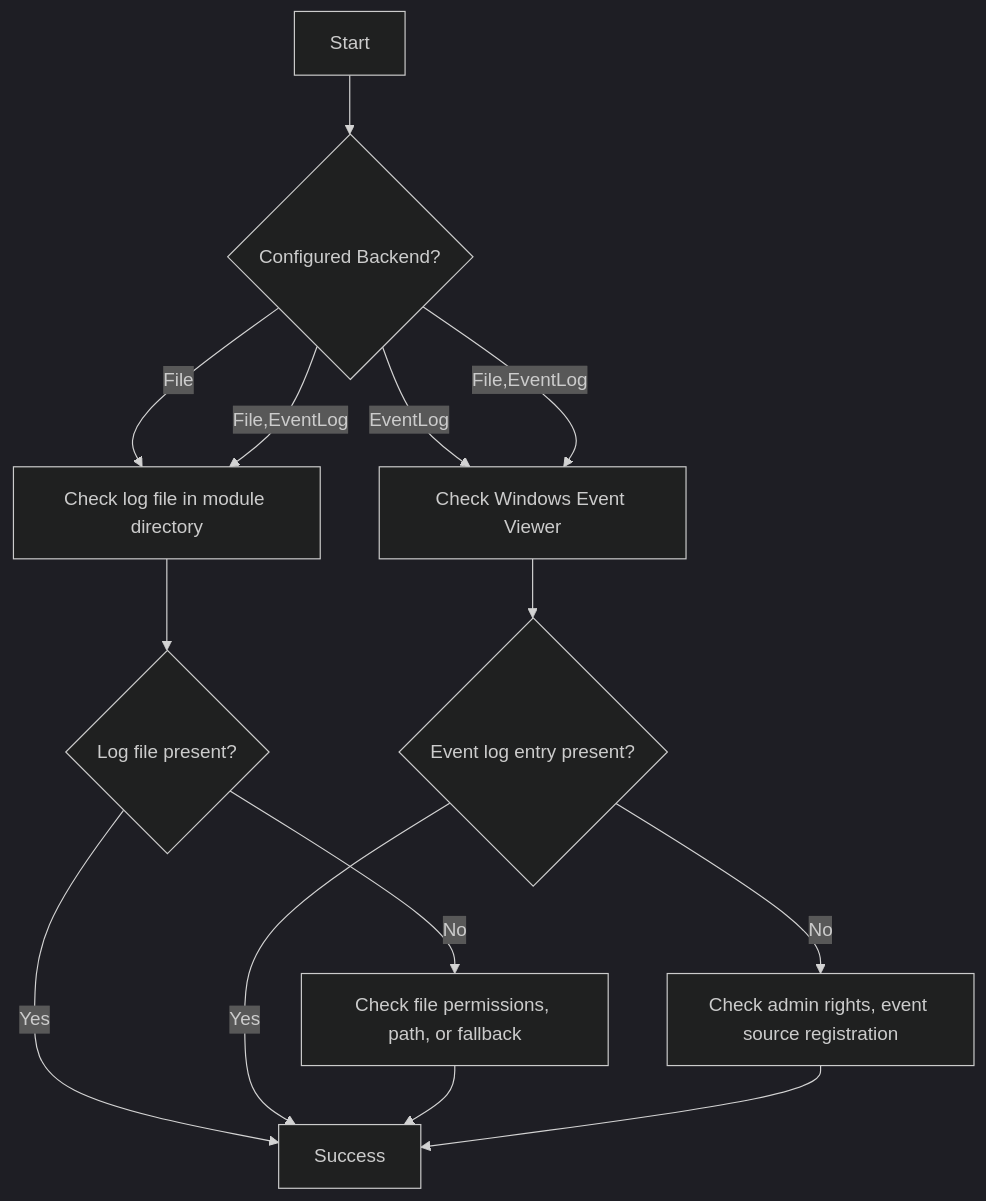
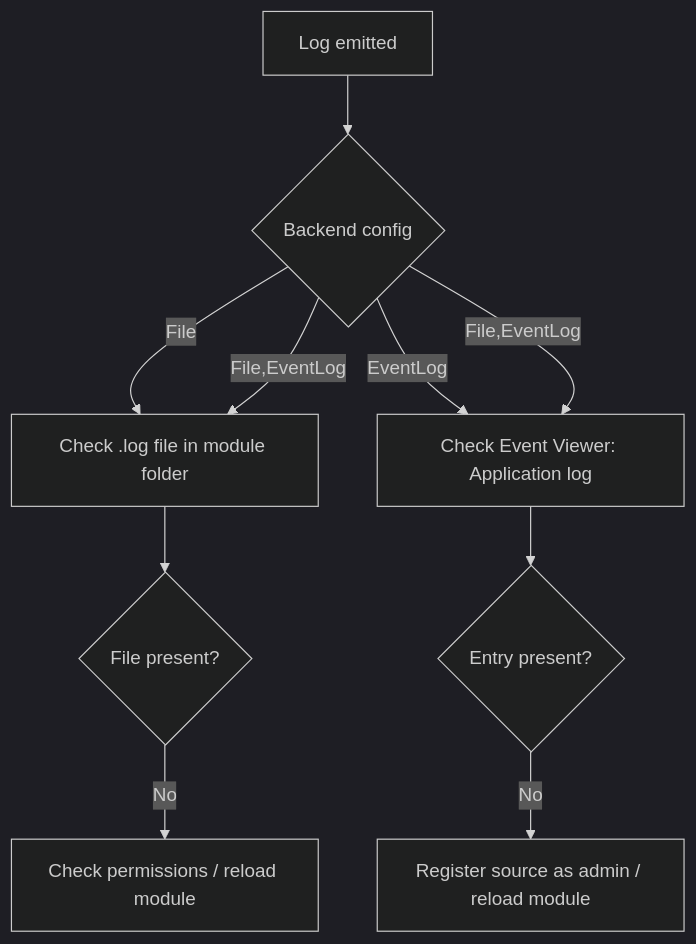
The diagram in LastWarAutoScreenshot/Docs/Logging.md (berbology/LastWarAutoScreenshot), drawn with Mermaid (dark theme) before and after one commit. The commit also changed other lines of this file and 98 other files, not shown here.

````diff
--- a/LastWarAutoScreenshot/Docs/Logging.md
+++ b/LastWarAutoScreenshot/Docs/Logging.md
@@ -49,15 +100,11 @@
 ```mermaid
 flowchart TD
-    A[Start] --> B{Configured Backend?}
-    B -- File --> C[Check log file in module directory]
-    B -- EventLog --> D[Check Windows Event Viewer]
+    A[Log emitted] --> B{Backend config}
+    B -- File --> C[Check .log file in module folder]
+    B -- EventLog --> D[Check Event Viewer: Application log]
     B -- File,EventLog --> C & D
-    C --> E{Log file present?}
-    E -- Yes --> F[Success]
-    E -- No --> G[Check file permissions, path, or fallback]
-    D --> H{Event log entry present?}
-    H -- Yes --> F
-    H -- No --> I[Check admin rights, event source registration]
-    G --> F
-    I --> F
+    C --> E{File present?}
+    E -- No --> F[Check permissions / reload module]
+    D --> G{Entry present?}
+    G -- No --> H[Register source as admin / reload module]
 ```
````
